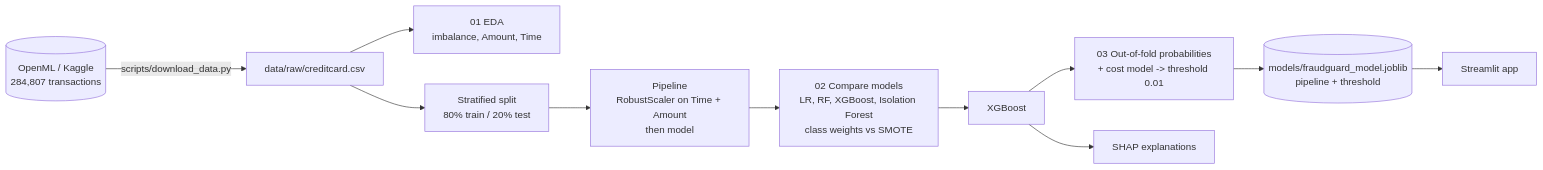
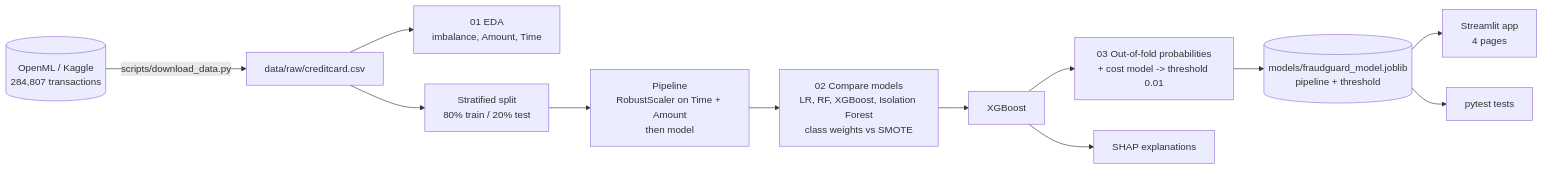
The diagram in README.md (Sara103-125/fraudguard), drawn with Mermaid before and after one commit. The commit also changed other lines of this file and 7 other files, not shown here.

````diff
--- a/README.md
+++ b/README.md
@@ -70,13 +72,14 @@
 ```mermaid
 flowchart LR
     A[(OpenML / Kaggle<br/>284,807 transactions)] -->|scripts/download_data.py| B[data/raw/creditcard.csv]
     B --> C[01 EDA<br/>imbalance, Amount, Time]
     B --> D[Stratified split<br/>80% train / 20% test]
     D --> E[Pipeline<br/>RobustScaler on Time + Amount<br/>then model]
     E --> F[02 Compare models<br/>LR, RF, XGBoost, Isolation Forest<br/>class weights vs SMOTE]
     F --> G[XGBoost]
     G --> H[03 Out-of-fold probabilities<br/>+ cost model -> threshold 0.01]
     G --> I[SHAP explanations]
     H --> J[(models/fraudguard_model.joblib<br/>pipeline + threshold)]
-    J --> K[Streamlit app]
+    J --> K[Streamlit app<br/>4 pages]
+    J --> L[pytest tests]
 ```
````
